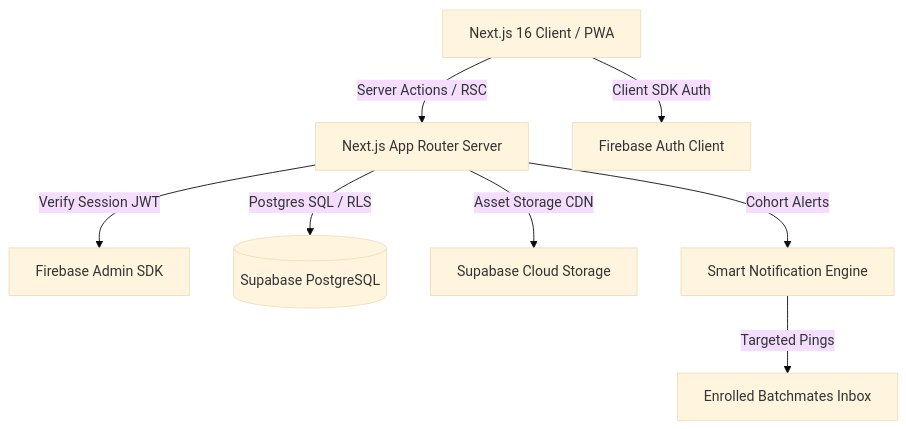
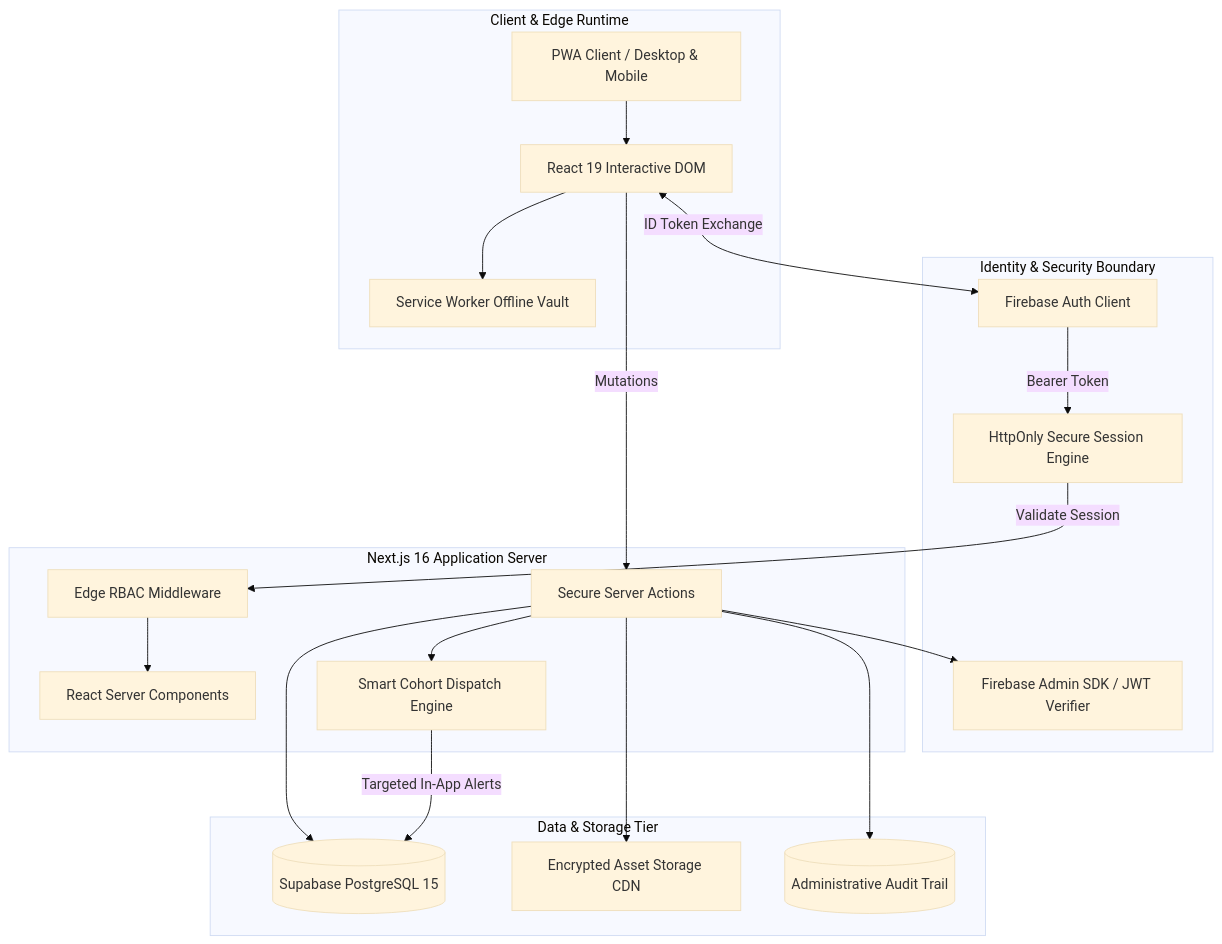
One commit to heysudhuu/prevu changed the first of 2 diagrams in README.md. Above: the diagram before and after it, drawn with Mermaid (base theme). The commit also changed other lines of this file, not shown here.

Commit message:
docs: enrich README with enterprise architecture, ER diagram, and executive specification

````diff
--- a/README.md
+++ b/README.md
@@ -77,10 +61,41 @@
 ```mermaid
-graph TD
-    Client[Next.js 16 Client / PWA] -->|Server Actions / RSC| NextServer[Next.js App Router Server]
-    Client -->|Client SDK Auth| FirebaseClient[Firebase Auth Client]
-    NextServer -->|Verify Session JWT| FirebaseAdmin[Firebase Admin SDK]
-    NextServer -->|Postgres SQL / RLS| SupabaseDB[(Supabase PostgreSQL)]
-    NextServer -->|Asset Storage CDN| SupabaseStorage[Supabase Cloud Storage]
-    NextServer -->|Cohort Alerts| NotificationEngine[Smart Notification Engine]
-    NotificationEngine -->|Targeted Pings| Batchmates[Enrolled Batchmates Inbox]
+flowchart TB
+    subgraph ClientLayer [Client & Edge Runtime]
+        PWA[PWA Client / Desktop & Mobile]
+        DOM[React 19 Interactive DOM]
+        SW[Service Worker Offline Vault]
+    end
+
+    subgraph AuthLayer [Identity & Security Boundary]
+        FirebaseAuth[Firebase Auth Client]
+        FirebaseAdmin[Firebase Admin SDK / JWT Verifier]
+        CookieEngine[HttpOnly Secure Session Engine]
+    end
+
+    subgraph AppRouter [Next.js 16 Application Server]
+        RSC[React Server Components]
+        ServerActions[Secure Server Actions]
+        Middleware[Edge RBAC Middleware]
+        CohortDispatcher[Smart Cohort Dispatch Engine]
+    end
+
+    subgraph PersistenceLayer [Data & Storage Tier]
+        SupabasePostgres[(Supabase PostgreSQL 15)]
+        SupabaseStorage[Encrypted Asset Storage CDN]
+        AuditLog[(Administrative Audit Trail)]
+    end
+
+    PWA --> DOM
+    DOM --> SW
+    DOM <-->|ID Token Exchange| FirebaseAuth
+    FirebaseAuth -->|Bearer Token| CookieEngine
+    CookieEngine -->|Validate Session| Middleware
+    Middleware --> RSC
+    DOM -->|Mutations| ServerActions
+    ServerActions --> FirebaseAdmin
+    ServerActions --> SupabasePostgres
+    ServerActions --> SupabaseStorage
+    ServerActions --> CohortDispatcher
+    CohortDispatcher -->|Targeted In-App Alerts| SupabasePostgres
+    ServerActions --> AuditLog
 ```
````
